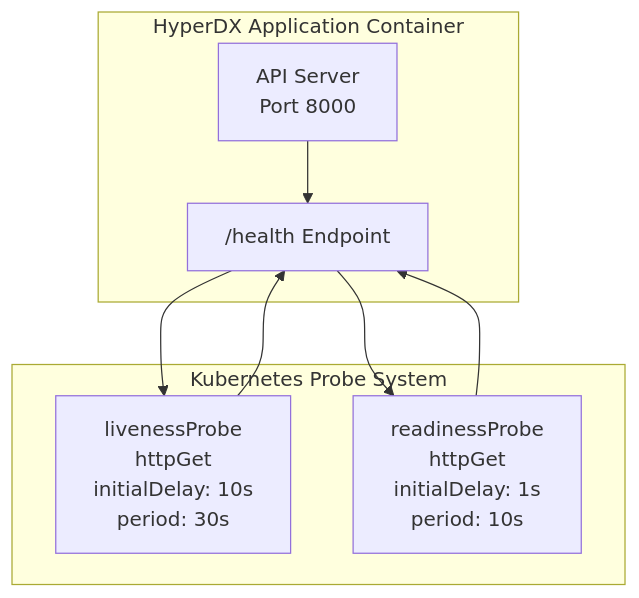
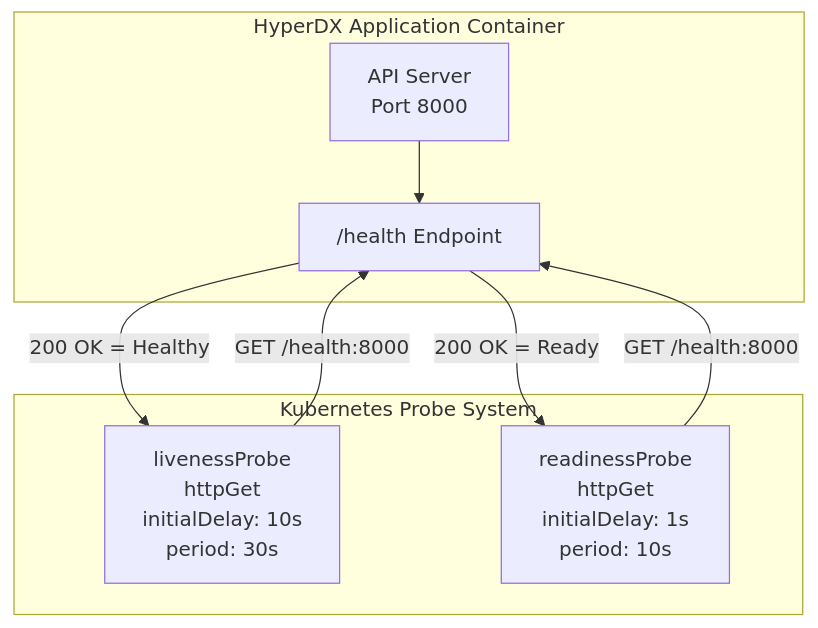
One commit to openchoreo/openchoreo changed the second of 4 diagrams in docs/hyperdxio-helm-charts-docs/Health-Checks-and-Monitoring.md. Above: the diagram before and after it, drawn with Mermaid. The commit also changed other lines of this file and 85 other files, not shown here.

Commit message:
feat: Add new workflow and specification templates, update Helm chart dependencies, and clarify documentation diagrams.

````diff
--- a/docs/hyperdxio-helm-charts-docs/Health-Checks-and-Monitoring.md
+++ b/docs/hyperdxio-helm-charts-docs/Health-Checks-and-Monitoring.md
@@ -159,24 +159,24 @@
 ```mermaid
 flowchart TD
 
 API["API Server<br>Port 8000"]
 HealthEndpoint["/health Endpoint"]
 LivenessCheck["livenessProbe<br>httpGet<br>initialDelay: 10s<br>period: 30s"]
 ReadinessCheck["readinessProbe<br>httpGet<br>initialDelay: 1s<br>period: 10s"]
 
-LivenessCheck --> HealthEndpoint
-ReadinessCheck --> HealthEndpoint
-HealthEndpoint --> LivenessCheck
-HealthEndpoint --> ReadinessCheck
+LivenessCheck -->|"GET /health:8000"| HealthEndpoint
+ReadinessCheck -->|"GET /health:8000"| HealthEndpoint
+HealthEndpoint -->|"200 OK = Healthy"| LivenessCheck
+HealthEndpoint -->|"200 OK = Ready"| ReadinessCheck
 
 subgraph subGraph1 ["Kubernetes Probe System"]
     LivenessCheck
     ReadinessCheck
 end
 
 subgraph subGraph0 ["HyperDX Application Container"]
     API
     HealthEndpoint
     API --> HealthEndpoint
 end
 ```
````
